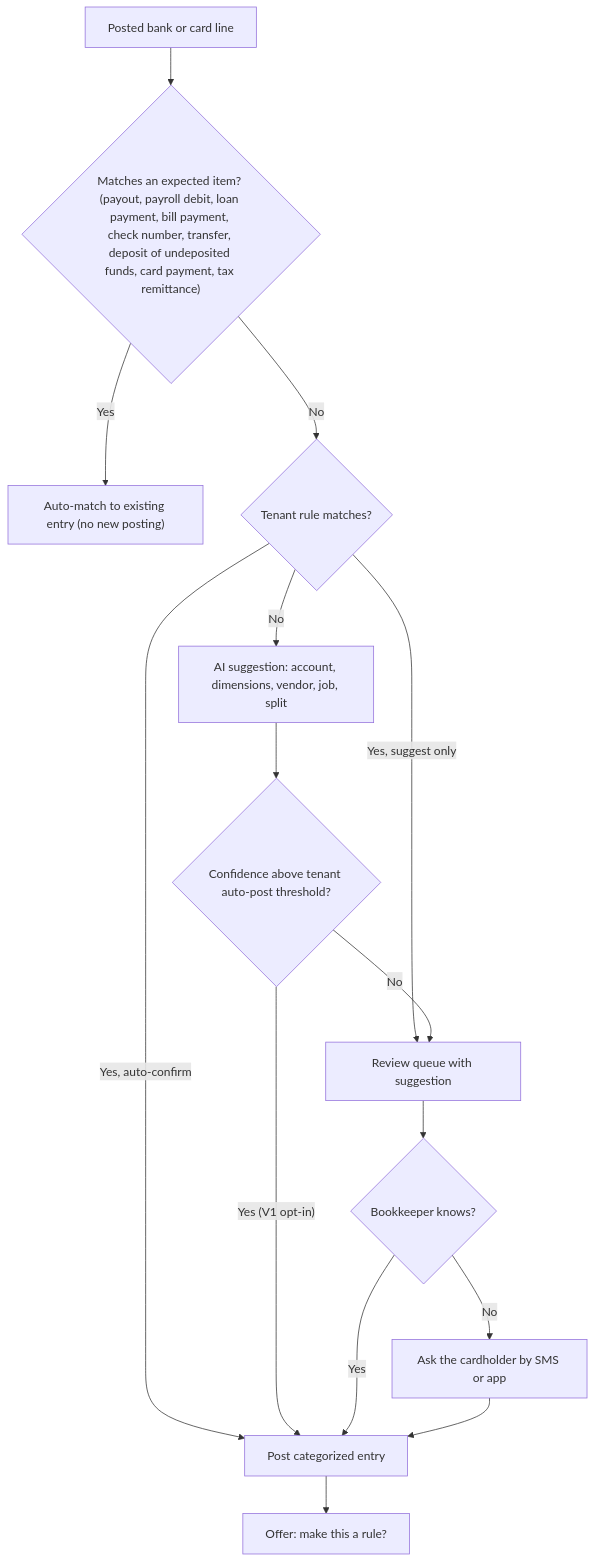
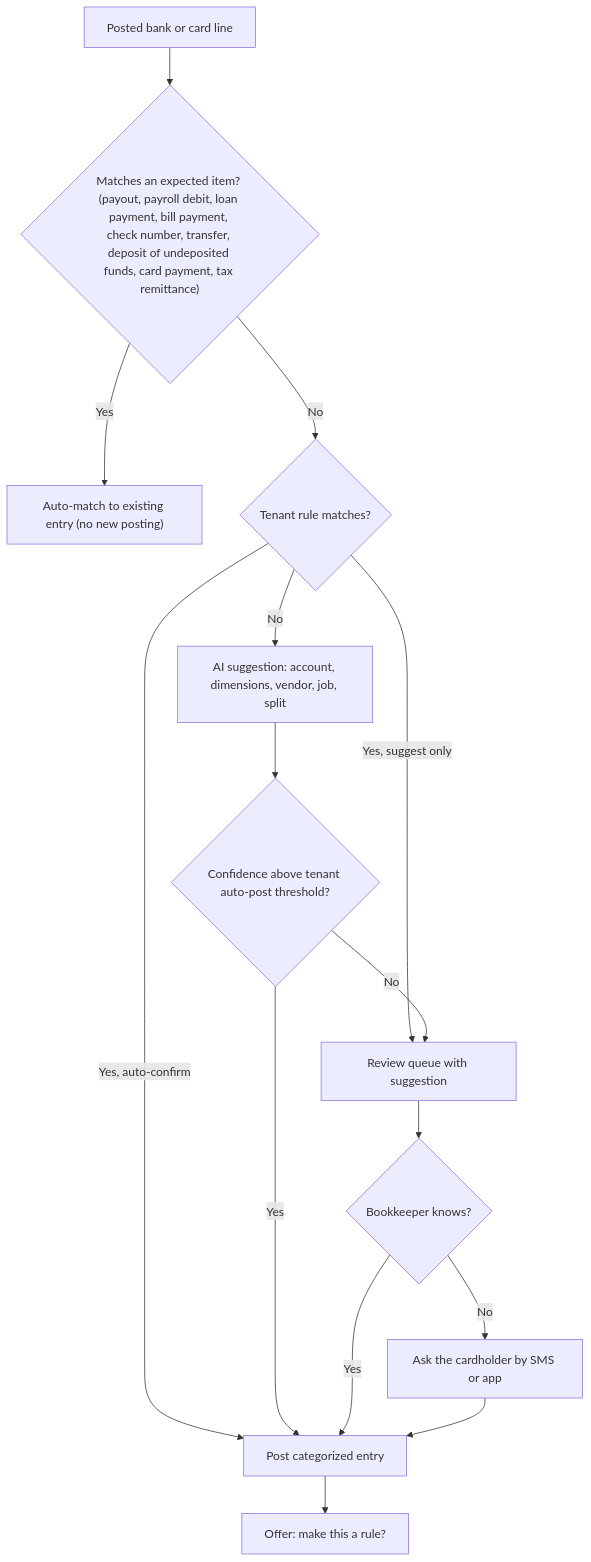
The fifth of 17 diagrams in docs/09-accounting-ledger-integrations.md (jdinard/landscape), drawn with Mermaid before and after one commit. The commit also changed other lines of this file and 33 other files, not shown here.

````diff
--- a/docs/09-accounting-ledger-integrations.md
+++ b/docs/09-accounting-ledger-integrations.md
@@ -1220,17 +1220,17 @@
 ```mermaid
 flowchart TD
     BL["Posted bank or card line"] --> M1{"Matches an expected item? (payout, payroll debit, loan payment, bill payment, check number, transfer, deposit of undeposited funds, card payment, tax remittance)"}
     M1 -->|"Yes"| AM["Auto-match to existing entry (no new posting)"]
     M1 -->|"No"| R1{"Tenant rule matches?"}
     R1 -->|"Yes, auto-confirm"| RP["Post categorized entry"]
     R1 -->|"Yes, suggest only"| RV["Review queue with suggestion"]
     R1 -->|"No"| AI["AI suggestion: account, dimensions, vendor, job, split"]
     AI --> C{"Confidence above tenant auto-post threshold?"}
-    C -->|"Yes (V1 opt-in)"| RP
+    C -->|"Yes            "| RP
     C -->|"No"| RV
     RV --> ASK{"Bookkeeper knows?"}
     ASK -->|"Yes"| RP
     ASK -->|"No"| Q["Ask the cardholder by SMS or app"]
     Q --> RP
     RP --> LR["Offer: make this a rule?"]
 ```
````
